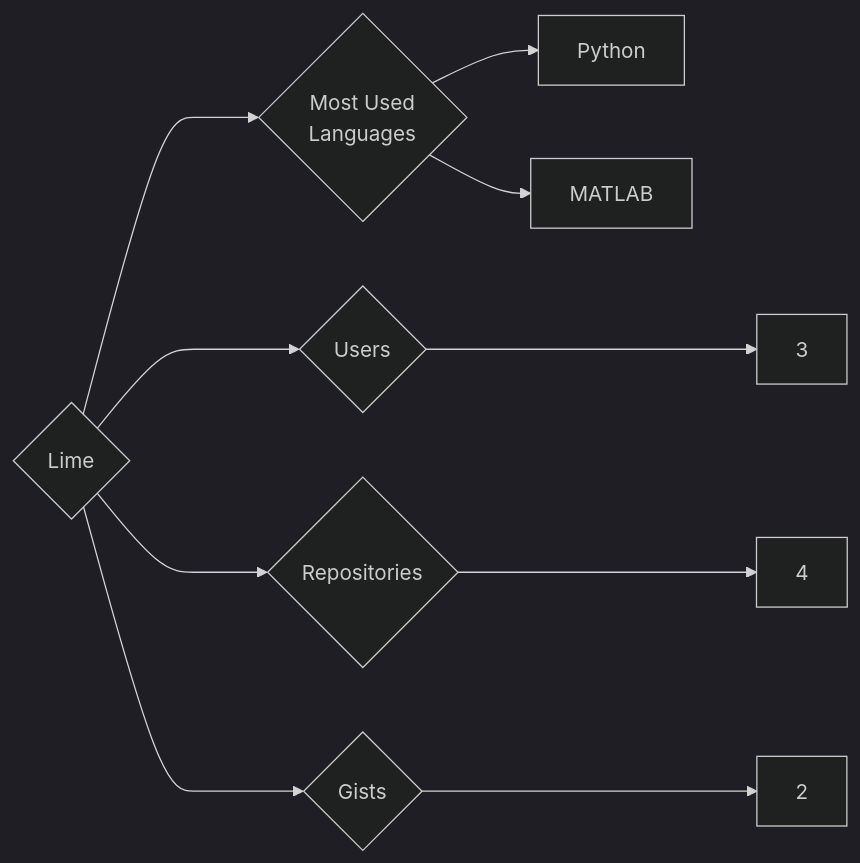
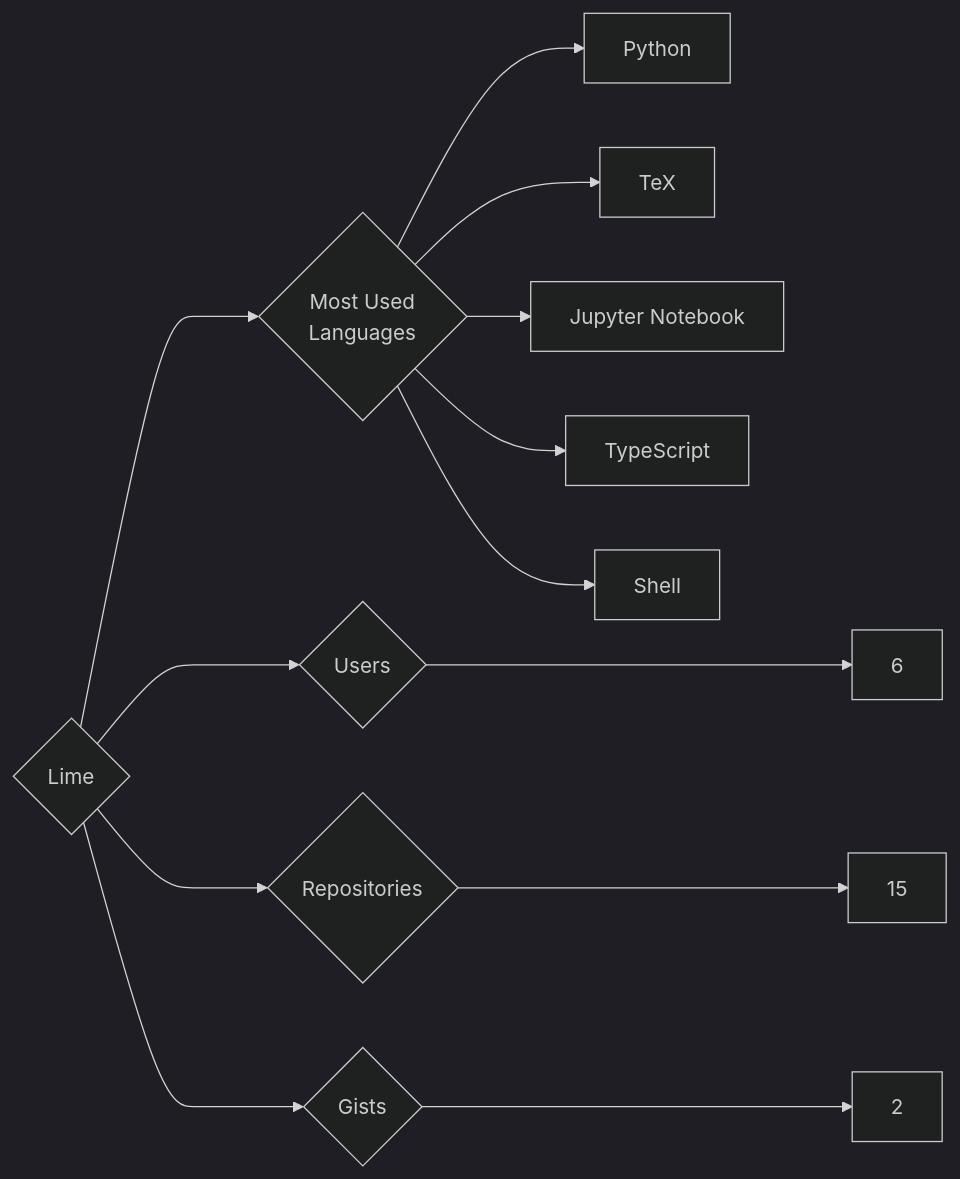
Before and after one commit to trickest/insiders: the diagram in targets/Lime/README.md, drawn with Mermaid (dark theme). The commit also changed 1248 other files, not shown here.

````diff
--- a/targets/Lime/README.md
+++ b/targets/Lime/README.md
@@ -3,10 +3,13 @@
 ```mermaid
 graph LR
 COMPANY_NAME{Lime}
-COMPANY_NAME ---> U{Users} ---> UN[3]
-COMPANY_NAME ---> R{Repositories} ---> RN[4]
+COMPANY_NAME ---> U{Users} ---> UN[6]
+COMPANY_NAME ---> R{Repositories} ---> RN[15]
 COMPANY_NAME ---> G{Gists} ---> GN[2]
 COMPANY_NAME ---> ML{Most Used<br>Languages}
 ML --> Python[Python]
-ML --> MATLAB[MATLAB]
+ML --> TeX[TeX]
+ML --> Jupyter_Notebook[Jupyter Notebook]
+ML --> TypeScript[TypeScript]
+ML --> Shell[Shell]
 ```
````
